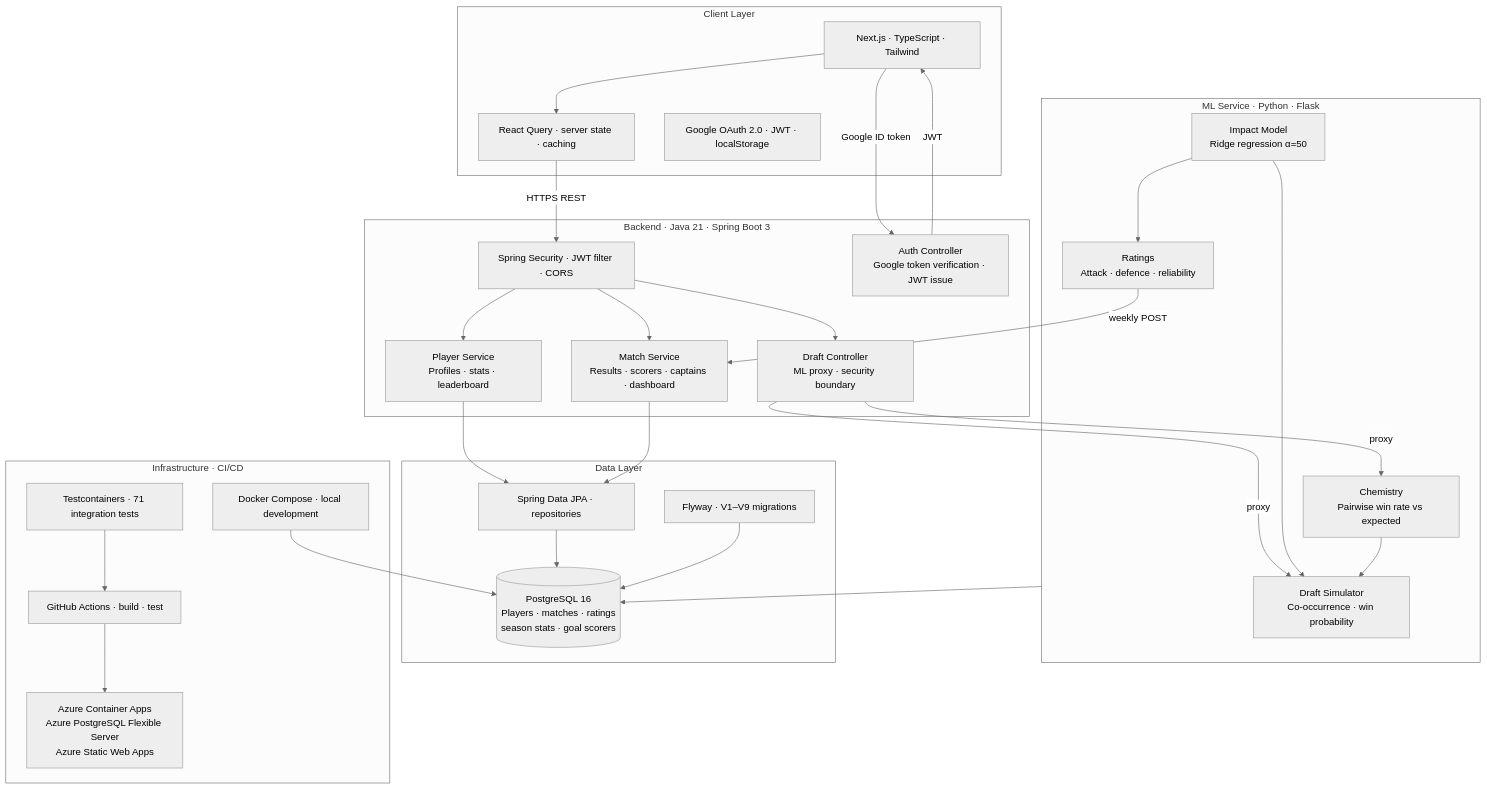
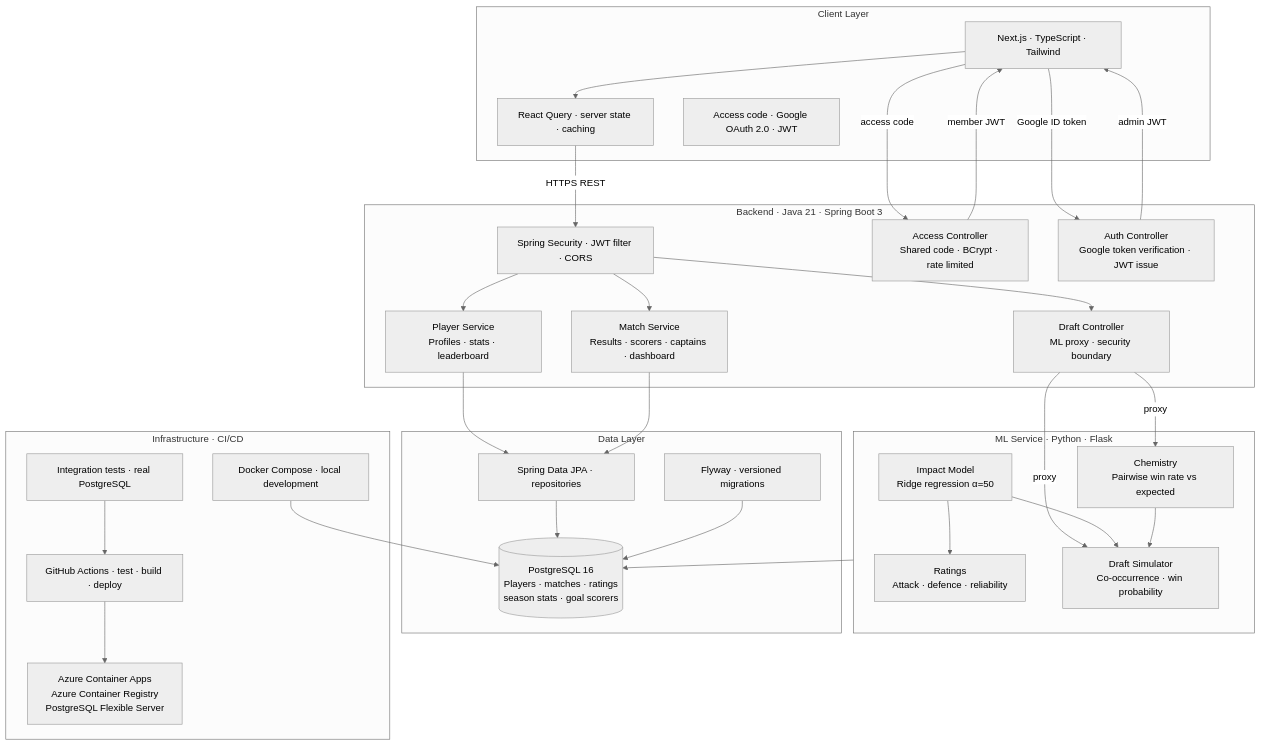
The diagram in docs/architecture.md (K-Vasantharajah/mnf-manager), drawn with Mermaid (neutral theme) before and after one commit. The commit also changed other lines of this file and 2 other files, not shown here.

First line of the commit message:
docs: update README, architecture and roadmap

````diff
--- a/docs/architecture.md
+++ b/docs/architecture.md
@@ -5,63 +5,65 @@
 ```mermaid
 graph TD
     subgraph Client["Client Layer"]
         FE["Next.js · TypeScript · Tailwind"]
         RQ["React Query · server state · caching"]
-        AUTH["Google OAuth 2.0 · JWT · localStorage"]
+        AUTH["Access code · Google OAuth 2.0 · JWT"]
     end
 
     subgraph Backend["Backend · Java 21 · Spring Boot 3"]
         SEC["Spring Security · JWT filter · CORS"]
+        ACC["Access Controller\nShared code · BCrypt · rate limited"]
+        AC["Auth Controller\nGoogle token verification · JWT issue"]
         PS["Player Service\nProfiles · stats · leaderboard"]
         MS["Match Service\nResults · scorers · captains · dashboard"]
-        AC["Auth Controller\nGoogle token verification · JWT issue"]
         DC["Draft Controller\nML proxy · security boundary"]
     end
 
     subgraph ML["ML Service · Python · Flask"]
         IM["Impact Model\nRidge regression α=50"]
         RA["Ratings\nAttack · defence · reliability"]
         CH["Chemistry\nPairwise win rate vs expected"]
         DR["Draft Simulator\nCo-occurrence · win probability"]
     end
 
     subgraph Data["Data Layer"]
         DB[("PostgreSQL 16\nPlayers · matches · ratings\nseason stats · goal scorers")]
-        FW["Flyway · V1–V9 migrations"]
+        FW["Flyway · versioned migrations"]
         JPA["Spring Data JPA · repositories"]
     end
 
     subgraph Infra["Infrastructure · CI/CD"]
         DC2["Docker Compose · local development"]
-        TC["Testcontainers · 71 integration tests"]
-        GA["GitHub Actions · build · test"]
-        AZ["Azure Container Apps\nAzure PostgreSQL Flexible Server\nAzure Static Web Apps"]
+        TC["Integration tests · real PostgreSQL"]
+        GA["GitHub Actions · test · build · deploy"]
+        AZ["Azure Container Apps\nAzure Container Registry\nPostgreSQL Flexible Server"]
     end
 
     FE --> RQ
     RQ -->|HTTPS REST| SEC
+    FE -->|access code| ACC
+    ACC -->|member JWT| FE
     FE -->|Google ID token| AC
-    AC -->|JWT| FE
+    AC -->|admin JWT| FE
 
     SEC --> PS
     SEC --> MS
     SEC --> DC
 
     DC -->|proxy| DR
     DC -->|proxy| CH
 
     PS --> JPA
     MS --> JPA
     JPA --> DB
     FW --> DB
 
     IM --> RA
     IM --> DR
-    RA -->|weekly POST| MS
     CH --> DR
     ML --> DB
 
     DC2 --> DB
     TC --> GA
     GA --> AZ
 ```
````
